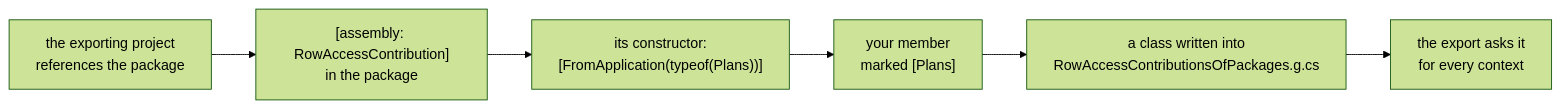
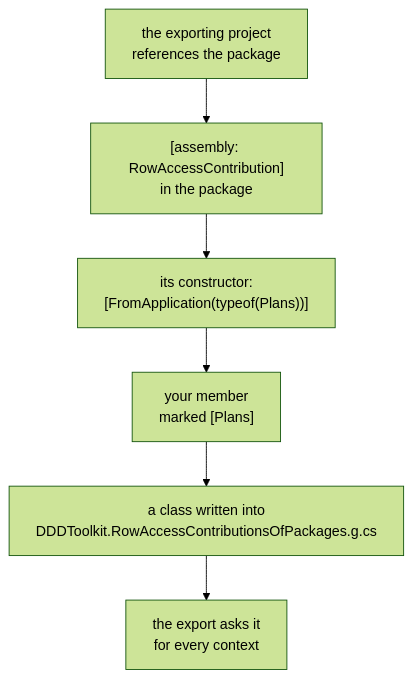
One commit to DylanSnel/DDDToolkit changed the tenth of 13 diagrams in docs/row-level-security.md. Above: the diagram before and after it, drawn with Mermaid (forest theme). The commit also changed 2 other files, not shown here.

Commit message:
Final: six wide Tenancy flowcharts and one of row level security run top to bottom
Diagrams new in this release that the site shrank into the 766px column below
the 10px floor b9914901 set for these pages: Tenancy's switch (7.4px), how a
new id is made (9.5px), your ids named once (6.5px), another seat's overview
(8.7px), containment (8.9px) and what the database guards on a seat (7.4px),
and row level security's "what a package's SQL is written from" (8.1px). Each
is now `flowchart TB`, which the site's Mermaid draws at 13 to 16px there.

The last one, and its twin in Writing a supporting domain, also named the
generated file without its prefix: it is
DDDToolkit.RowAccessContributionsOfPackages.g.cs, as the code under it says.

````diff
--- a/docs/row-level-security.md
+++ b/docs/row-level-security.md
@@ -1688,8 +1688,8 @@
 ```mermaid
-flowchart LR
+flowchart TB
     Reference["the exporting project<br/>references the package"] --> Declared["[assembly: RowAccessContribution]<br/>in the package"]
     Declared --> Constructor["its constructor:<br/>[FromApplication(typeof(Plans))]"]
     Constructor --> Marked["your member<br/>marked [Plans]"]
-    Marked --> Written["a class written into<br/>RowAccessContributionsOfPackages.g.cs"]
+    Marked --> Written["a class written into<br/>DDDToolkit.RowAccessContributionsOfPackages.g.cs"]
     Written --> Export["the export asks it<br/>for every context"]
 ```
````
